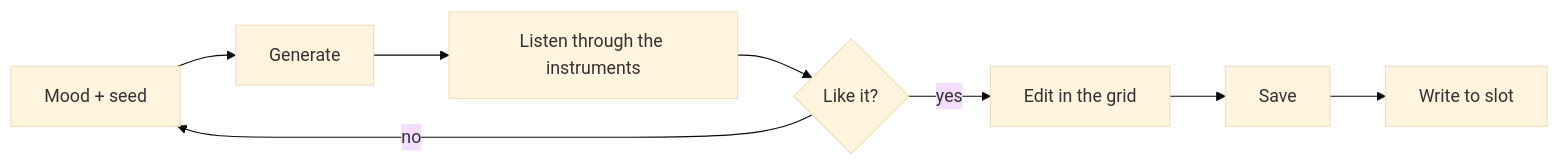
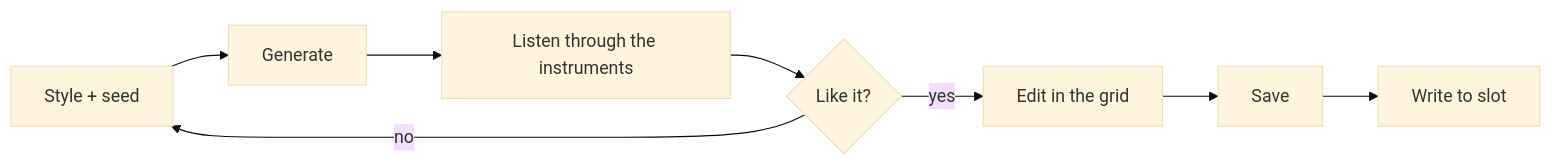
One commit to lgarraza/KeyStepProStudio changed the diagram in docs/manual/user/07-generate.md. Above: the diagram before and after it, drawn with Mermaid (base theme). The commit also changed other lines of this file and 14 other files, not shown here.

````diff
--- a/docs/manual/user/07-generate.md
+++ b/docs/manual/user/07-generate.md
@@ -14,10 +23,10 @@
 ```mermaid
 flowchart LR
-  A[Mood + seed] --> B[Generate]
+  A[Style + seed] --> B[Generate]
   B --> C[Listen through the instruments]
   C --> D{Like it?}
   D -- no --> A
   D -- yes --> E[Edit in the grid]
   E --> F[Save]
   F --> G[Write to slot]
 ```
````
